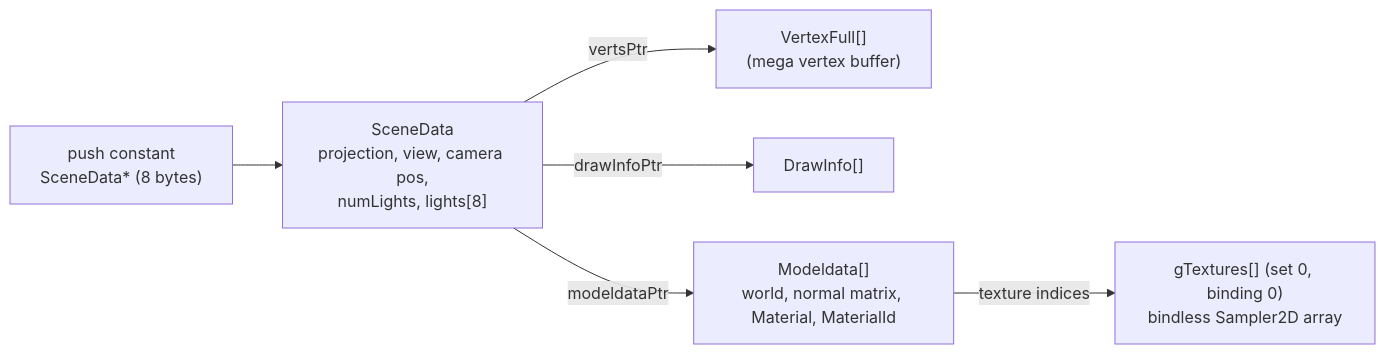
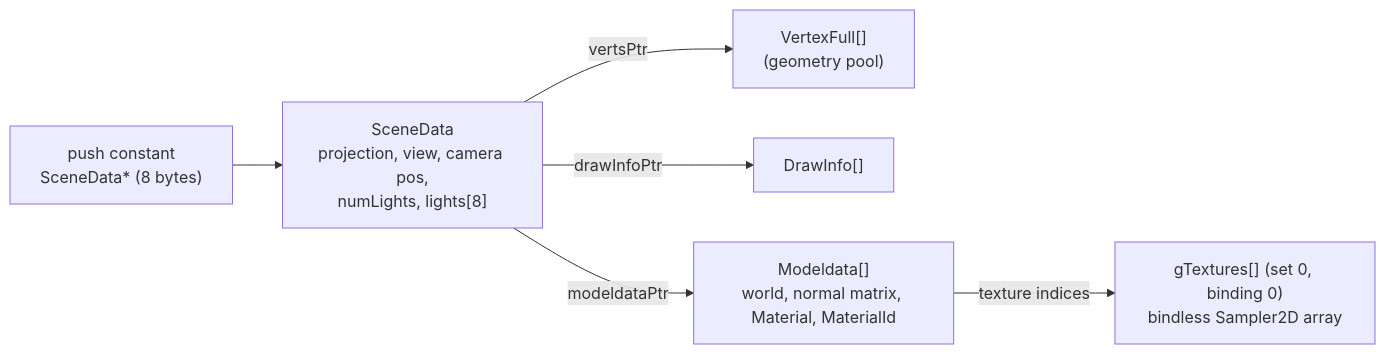
The third of 3 diagrams in docs/architecture.md (adel-elmala/rasm), drawn with Mermaid before and after one commit. The commit also changed other lines of this file and 28 other files, not shown here.

````diff
--- a/docs/architecture.md
+++ b/docs/architecture.md
@@ -144,8 +144,8 @@
 ```mermaid
 flowchart LR
     PC["push constant<br/>SceneData* (8 bytes)"] --> SD["SceneData<br/>projection, view, camera pos,<br/>numLights, lights[8]"]
-    SD -- vertsPtr --> V["VertexFull[]<br/>(mega vertex buffer)"]
+    SD -- vertsPtr --> V["VertexFull[]<br/>(geometry pool)"]
     SD -- drawInfoPtr --> DI["DrawInfo[]"]
     SD -- modeldataPtr --> MD["Modeldata[]<br/>world, normal matrix, Material, MaterialId"]
     MD -- texture indices --> T["gTextures[] (set 0, binding 0)<br/>bindless Sampler2D array"]
 ```
````
